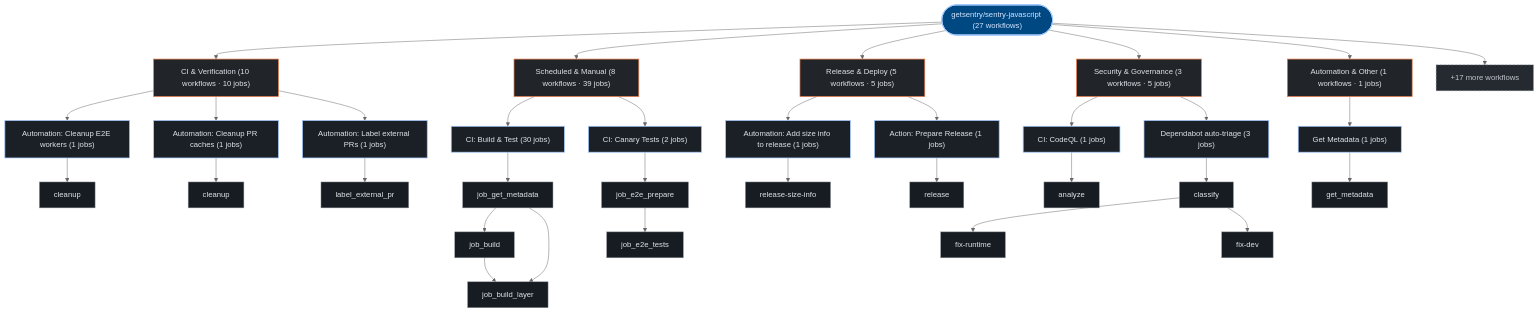
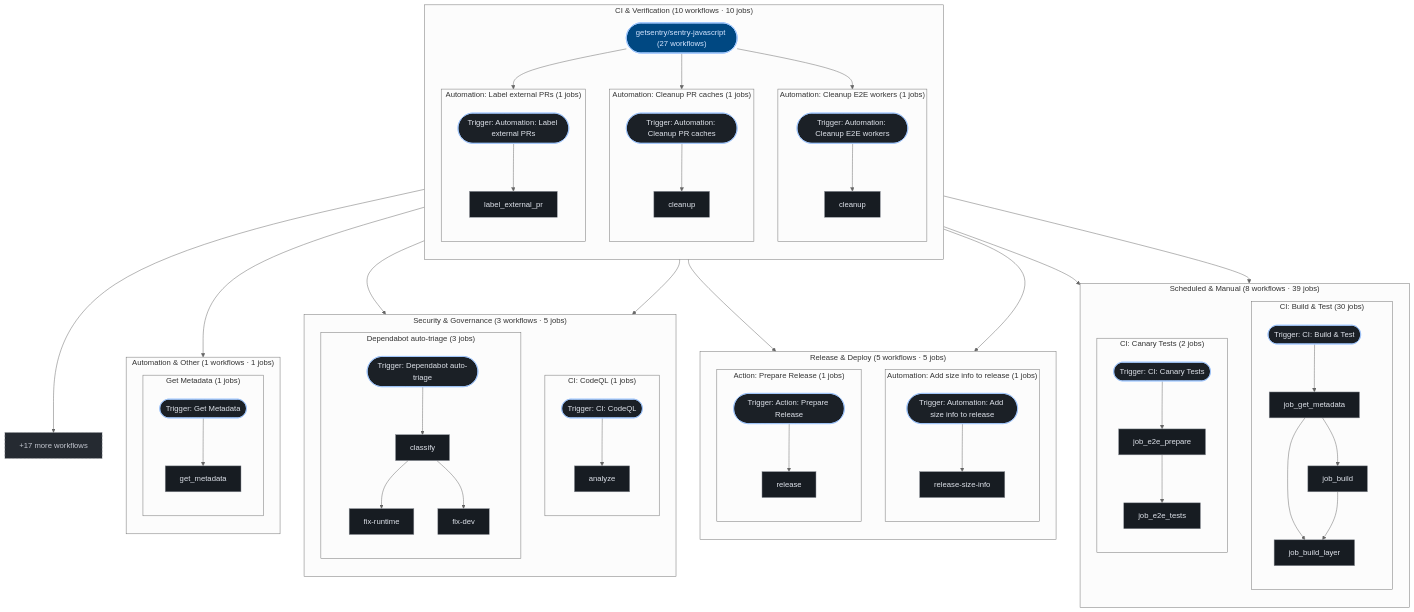
The third of 3 diagrams in exports/latest/reports/getsentry-sentry-javascript-report.md (kumarshaz/atruss-code-atlas), drawn with Mermaid (neutral theme) before and after one commit. The commit also changed 181 other files, not shown here.

````diff
--- a/exports/latest/reports/getsentry-sentry-javascript-report.md
+++ b/exports/latest/reports/getsentry-sentry-javascript-report.md
@@ -2729,67 +2729,102 @@
   classDef atlasAlert fill:#93000a,stroke:#ffb4ab,stroke-width:1.5px,color:#ffdad6
   classDef atlasMore fill:#252a31,stroke:#8d9199,stroke-dasharray:4 4,color:#c3c6cf
   pipeline_root(["getsentry/sentry-javascript (27 workflows)"]):::atlasRoot
-  grp_0_CI___Verification["CI & Verification (10 workflows · 10 jobs)"]:::atlasCategory
-  pipeline_root --> grp_0_CI___Verification
-  wf_7_Automation__Cleanup_E2E_workers["Automation: Cleanup E2E workers (1 jobs)"]:::atlasWorkflow
-  grp_0_CI___Verification --> wf_7_Automation__Cleanup_E2E_workers
-  job_7_cleanup["cleanup"]:::atlasJob
-  wf_7_Automation__Cleanup_E2E_workers --> job_7_cleanup
-  wf_8_Automation__Cleanup_PR_caches["Automation: Cleanup PR caches (1 jobs)"]:::atlasWorkflow
-  grp_0_CI___Verification --> wf_8_Automation__Cleanup_PR_caches
-  job_8_cleanup["cleanup"]:::atlasJob
-  wf_8_Automation__Cleanup_PR_caches --> job_8_cleanup
-  wf_17_Automation__Label_external_PRs["Automation: Label external PRs (1 jobs)"]:::atlasWorkflow
-  grp_0_CI___Verification --> wf_17_Automation__Label_external_PRs
-  job_17_label_external_pr["label_external_pr"]:::atlasJob
-  wf_17_Automation__Label_external_PRs --> job_17_label_external_pr
-  grp_1_Scheduled___Manual["Scheduled & Manual (8 workflows · 39 jobs)"]:::atlasCategory
-  pipeline_root --> grp_1_Scheduled___Manual
-  wf_4_CI__Build___Test["CI: Build & Test (30 jobs)"]:::atlasWorkflow
-  grp_1_Scheduled___Manual --> wf_4_CI__Build___Test
-  job_4_job_get_metadata["job_get_metadata"]:::atlasJob
-  job_4_job_build["job_build"]:::atlasJob
-  job_4_job_build_layer["job_build_layer"]:::atlasJob
-  wf_4_CI__Build___Test --> job_4_job_get_metadata
-  job_4_job_get_metadata --> job_4_job_build
-  job_4_job_get_metadata --> job_4_job_build_layer
-  job_4_job_build --> job_4_job_build_layer
-  wf_5_CI__Canary_Tests["CI: Canary Tests (2 jobs)"]:::atlasWorkflow
-  grp_1_Scheduled___Manual --> wf_5_CI__Canary_Tests
-  job_5_job_e2e_prepare["job_e2e_prepare"]:::atlasJob
-  job_5_job_e2e_tests["job_e2e_tests"]:::atlasJob
-  wf_5_CI__Canary_Tests --> job_5_job_e2e_prepare
-  job_5_job_e2e_prepare --> job_5_job_e2e_tests
-  grp_2_Release___Deploy["Release & Deploy (5 workflows · 5 jobs)"]:::atlasCategory
-  pipeline_root --> grp_2_Release___Deploy
-  wf_21_Automation__Add_size_info_to_release["Automation: Add size info to release (1 jobs)"]:::atlasWorkflow
-  grp_2_Release___Deploy --> wf_21_Automation__Add_size_info_to_release
-  job_21_release_size_info["release-size-info"]:::atlasJob
-  wf_21_Automation__Add_size_info_to_release --> job_21_release_size_info
-  wf_22_Action__Prepare_Release["Action: Prepare Release (1 jobs)"]:::atlasWorkflow
-  grp_2_Release___Deploy --> wf_22_Action__Prepare_Release
-  job_22_release["release"]:::atlasJob
-  wf_22_Action__Prepare_Release --> job_22_release
-  grp_3_Security___Governance["Security & Governance (3 workflows · 5 jobs)"]:::atlasCategory
-  pipeline_root --> grp_3_Security___Governance
-  wf_10_CI__CodeQL["CI: CodeQL (1 jobs)"]:::atlasWorkflow
-  grp_3_Security___Governance --> wf_10_CI__CodeQL
-  job_10_analyze["analyze"]:::atlasJob
-  wf_10_CI__CodeQL --> job_10_analyze
-  wf_11_Dependabot_auto_triage["Dependabot auto-triage (3 jobs)"]:::atlasWorkflow
-  grp_3_Security___Governance --> wf_11_Dependabot_auto_triage
-  job_11_classify["classify"]:::atlasJob
-  job_11_fix_runtime["fix-runtime"]:::atlasJob
-  job_11_fix_dev["fix-dev"]:::atlasJob
-  wf_11_Dependabot_auto_triage --> job_11_classify
-  job_11_classify --> job_11_fix_runtime
-  job_11_classify --> job_11_fix_dev
-  grp_4_Automation___Other["Automation & Other (1 workflows · 1 jobs)"]:::atlasCategory
-  pipeline_root --> grp_4_Automation___Other
-  wf_6_Get_Metadata["Get Metadata (1 jobs)"]:::atlasWorkflow
-  grp_4_Automation___Other --> wf_6_Get_Metadata
-  job_6_get_metadata["get_metadata"]:::atlasJob
-  wf_6_Get_Metadata --> job_6_get_metadata
+  subgraph sg_grp_0_CI___Verification["CI & Verification (10 workflows · 10 jobs)"]
+    direction TB
+    subgraph sg_wf_7_Automation__Cleanup_E2E_workers["Automation: Cleanup E2E workers (1 jobs)"]
+      direction TB
+      wf_7_Automation__Cleanup_E2E_workers(["Trigger: Automation: Cleanup E2E workers"]):::atlasWorkflow
+      job_7_cleanup["cleanup"]:::atlasJob
+      wf_7_Automation__Cleanup_E2E_workers --> job_7_cleanup
+    end
+    pipeline_root --> wf_7_Automation__Cleanup_E2E_workers
+    subgraph sg_wf_8_Automation__Cleanup_PR_caches["Automation: Cleanup PR caches (1 jobs)"]
+      direction TB
+      wf_8_Automation__Cleanup_PR_caches(["Trigger: Automation: Cleanup PR caches"]):::atlasWorkflow
+      job_8_cleanup["cleanup"]:::atlasJob
+      wf_8_Automation__Cleanup_PR_caches --> job_8_cleanup
+    end
+    pipeline_root --> wf_8_Automation__Cleanup_PR_caches
+    subgraph sg_wf_17_Automation__Label_external_PRs["Automation: Label external PRs (1 jobs)"]
+      direction TB
+      wf_17_Automation__Label_external_PRs(["Trigger: Automation: Label external PRs"]):::atlasWorkflow
+      job_17_label_external_pr["label_external_pr"]:::atlasJob
+      wf_17_Automation__Label_external_PRs --> job_17_label_external_pr
+    end
+    pipeline_root --> wf_17_Automation__Label_external_PRs
+  end
+  subgraph sg_grp_1_Scheduled___Manual["Scheduled & Manual (8 workflows · 39 jobs)"]
+    direction TB
+    subgraph sg_wf_4_CI__Build___Test["CI: Build & Test (30 jobs)"]
+      direction TB
+      wf_4_CI__Build___Test(["Trigger: CI: Build & Test"]):::atlasWorkflow
+      job_4_job_get_metadata["job_get_metadata"]:::atlasJob
+      job_4_job_build["job_build"]:::atlasJob
+      job_4_job_build_layer["job_build_layer"]:::atlasJob
+      wf_4_CI__Build___Test --> job_4_job_get_metadata
+      job_4_job_get_metadata --> job_4_job_build
+      job_4_job_get_metadata --> job_4_job_build_layer
+      job_4_job_build --> job_4_job_build_layer
+    end
+    pipeline_root --> wf_4_CI__Build___Test
+    subgraph sg_wf_5_CI__Canary_Tests["CI: Canary Tests (2 jobs)"]
+      direction TB
+      wf_5_CI__Canary_Tests(["Trigger: CI: Canary Tests"]):::atlasWorkflow
+      job_5_job_e2e_prepare["job_e2e_prepare"]:::atlasJob
+      job_5_job_e2e_tests["job_e2e_tests"]:::atlasJob
+      wf_5_CI__Canary_Tests --> job_5_job_e2e_prepare
+      job_5_job_e2e_prepare --> job_5_job_e2e_tests
+    end
+    pipeline_root --> wf_5_CI__Canary_Tests
+  end
+  subgraph sg_grp_2_Release___Deploy["Release & Deploy (5 workflows · 5 jobs)"]
+    direction TB
+    subgraph sg_wf_21_Automation__Add_size_info_to_release["Automation: Add size info to release (1 jobs)"]
+      direction TB
+      wf_21_Automation__Add_size_info_to_release(["Trigger: Automation: Add size info to release"]):::atlasWorkflow
+      job_21_release_size_info["release-size-info"]:::atlasJob
+      wf_21_Automation__Add_size_info_to_release --> job_21_release_size_info
+    end
+    pipeline_root --> wf_21_Automation__Add_size_info_to_release
+    subgraph sg_wf_22_Action__Prepare_Release["Action: Prepare Release (1 jobs)"]
+      direction TB
+      wf_22_Action__Prepare_Release(["Trigger: Action: Prepare Release"]):::atlasWorkflow
+      job_22_release["release"]:::atlasJob
+      wf_22_Action__Prepare_Release --> job_22_release
+    end
+    pipeline_root --> wf_22_Action__Prepare_Release
+  end
+  subgraph sg_grp_3_Security___Governance["Security & Governance (3 workflows · 5 jobs)"]
+    direction TB
+    subgraph sg_wf_10_CI__CodeQL["CI: CodeQL (1 jobs)"]
+      direction TB
+      wf_10_CI__CodeQL(["Trigger: CI: CodeQL"]):::atlasWorkflow
+      job_10_analyze["analyze"]:::atlasJob
+      wf_10_CI__CodeQL --> job_10_analyze
+    end
+    pipeline_root --> wf_10_CI__CodeQL
+    subgraph sg_wf_11_Dependabot_auto_triage["Dependabot auto-triage (3 jobs)"]
+      direction TB
+      wf_11_Dependabot_auto_triage(["Trigger: Dependabot auto-triage"]):::atlasWorkflow
+      job_11_classify["classify"]:::atlasJob
+      job_11_fix_runtime["fix-runtime"]:::atlasJob
+      job_11_fix_dev["fix-dev"]:::atlasJob
+      wf_11_Dependabot_auto_triage --> job_11_classify
+      job_11_classify --> job_11_fix_runtime
+      job_11_classify --> job_11_fix_dev
+    end
+    pipeline_root --> wf_11_Dependabot_auto_triage
+  end
+  subgraph sg_grp_4_Automation___Other["Automation & Other (1 workflows · 1 jobs)"]
+    direction TB
+    subgraph sg_wf_6_Get_Metadata["Get Metadata (1 jobs)"]
+      direction TB
+      wf_6_Get_Metadata(["Trigger: Get Metadata"]):::atlasWorkflow
+      job_6_get_metadata["get_metadata"]:::atlasJob
+      wf_6_Get_Metadata --> job_6_get_metadata
+    end
+    pipeline_root --> wf_6_Get_Metadata
+  end
   wf_more["+17 more workflows"]:::atlasMore
   pipeline_root --> wf_more
 ```
````
